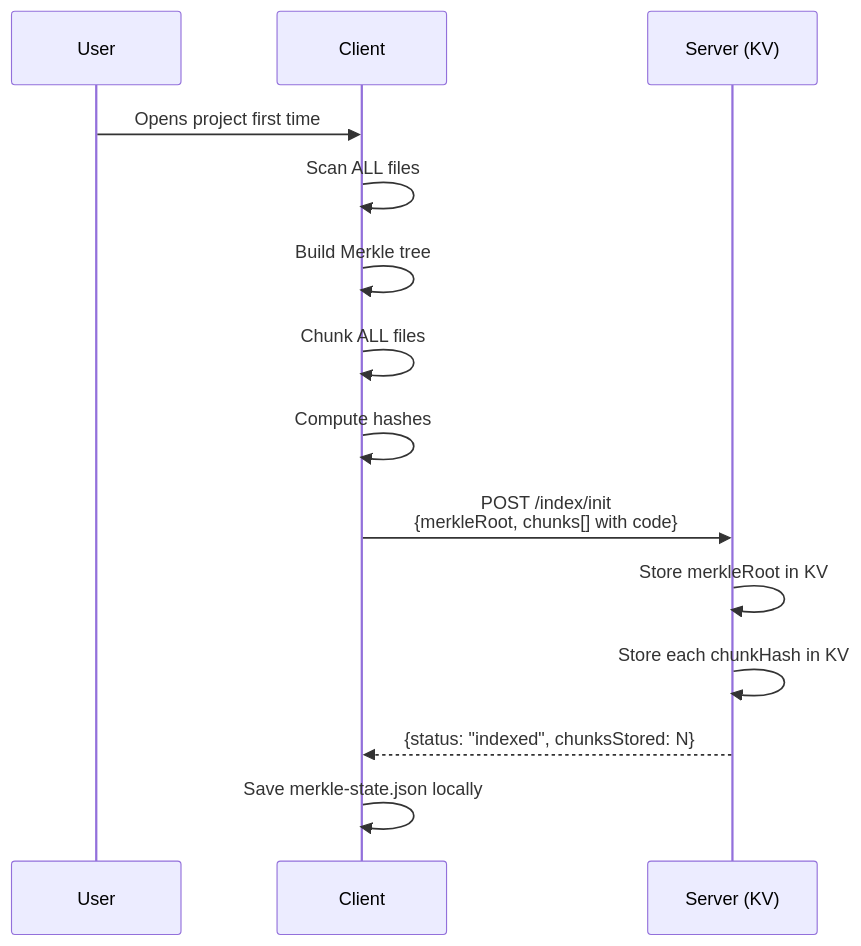
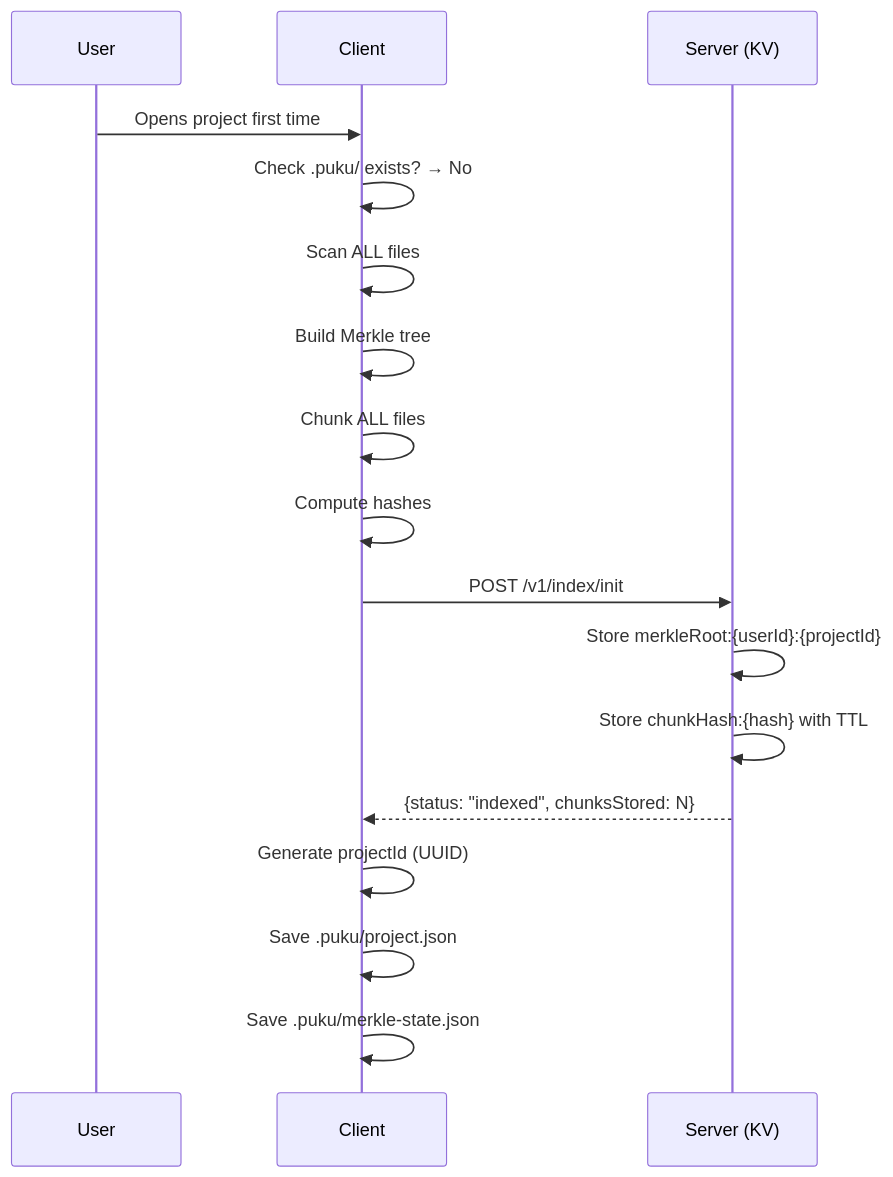
The third of 6 diagrams in Documentation/phase-1-implementation-plan.md (poridhioss/indexing-system-poc), drawn with Mermaid before and after one commit. The commit also changed other lines of this file, not shown here.

````diff
--- a/Documentation/phase-1-implementation-plan.md
+++ b/Documentation/phase-1-implementation-plan.md
@@ -42,19 +69,22 @@
 ```mermaid
 sequenceDiagram
     participant U as User
     participant C as Client
     participant S as Server (KV)
 
     U->>C: Opens project first time
+    C->>C: Check .puku/ exists? → No
     C->>C: Scan ALL files
     C->>C: Build Merkle tree
     C->>C: Chunk ALL files
     C->>C: Compute hashes
 
-    C->>S: POST /index/init<br/>{merkleRoot, chunks[] with code}
-    S->>S: Store merkleRoot in KV
-    S->>S: Store each chunkHash in KV
+    C->>S: POST /v1/index/init
+    S->>S: Store merkleRoot:{userId}:{projectId}
+    S->>S: Store chunkHash:{hash} with TTL
     S-->>C: {status: "indexed", chunksStored: N}
 
-    C->>C: Save merkle-state.json locally
+    C->>C: Generate projectId (UUID)
+    C->>C: Save .puku/project.json
+    C->>C: Save .puku/merkle-state.json
 ```
````
